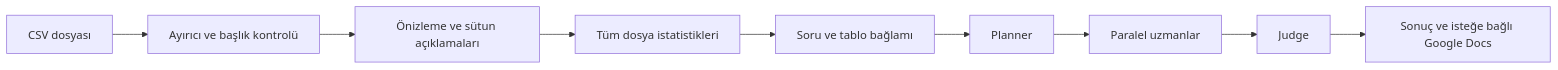
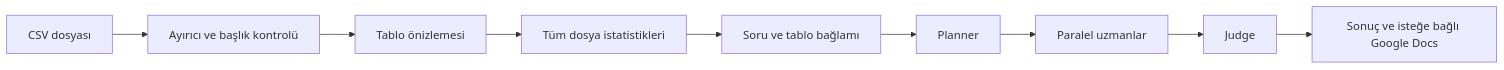
Before and after one commit to Demko1969/PBots: the diagram in README.md, drawn with Mermaid. The commit also changed other lines of this file and 74 other files, not shown here.

````diff
--- a/README.md
+++ b/README.md
@@ -144,11 +90,11 @@
 ```mermaid
 flowchart LR
     CSV[CSV dosyası] --> Parse[Ayırıcı ve başlık kontrolü]
-    Parse --> Preview[Önizleme ve sütun açıklamaları]
+    Parse --> Preview[Tablo önizlemesi]
     Preview --> Stats[Tüm dosya istatistikleri]
     Stats --> Question[Soru ve tablo bağlamı]
     Question --> Planner
     Planner --> Workers[Paralel uzmanlar]
     Workers --> Judge
     Judge --> Report[Sonuç ve isteğe bağlı Google Docs]
 ```
````
